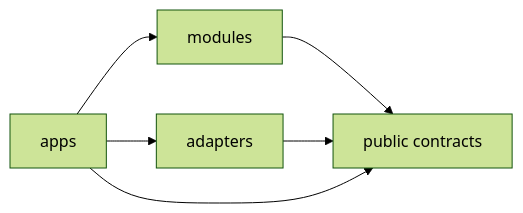
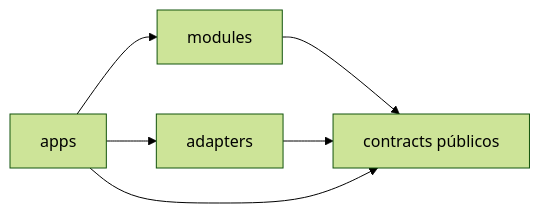
One commit to Alexandre-Tortoza/contextual-3d-mapping changed the diagram in docs/applications.md. Above: the diagram before and after it, drawn with Mermaid (forest theme). The commit also changed other lines of this file and 279 other files, not shown here.

````diff
--- a/docs/applications.md
+++ b/docs/applications.md
@@ -49,9 +49,9 @@
 ```mermaid
 flowchart LR
-    M[modules] --> C[public contracts]
+    M[modules] --> C[contracts públicos]
     A[adapters] --> C
     APP[apps] --> C
 
     APP --> M
     APP --> A
 ```
````
